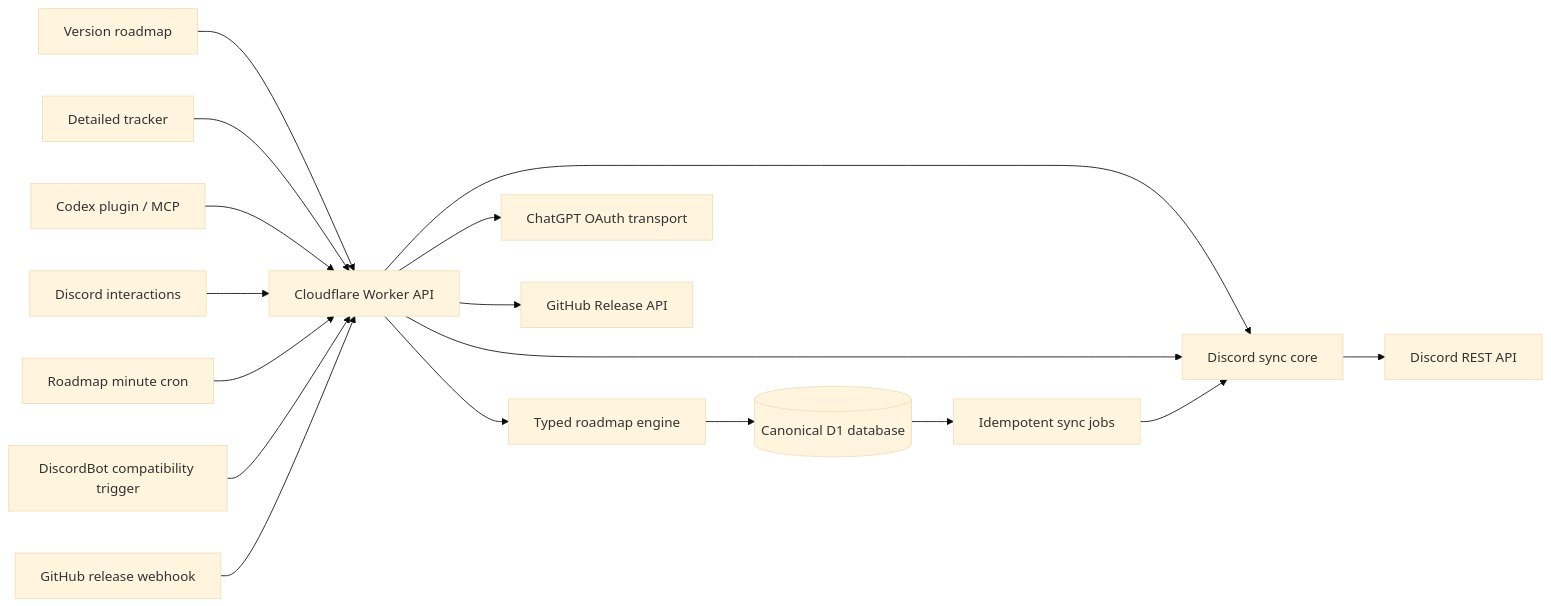
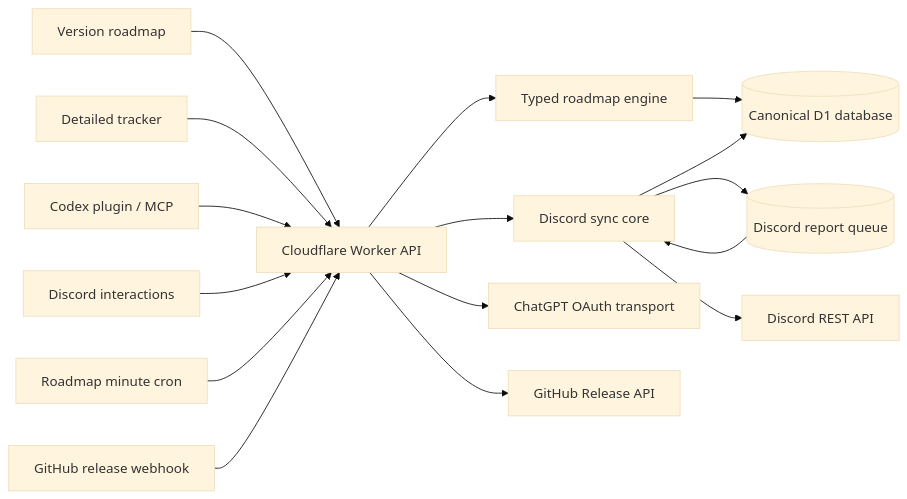
One commit to SakuraCordApp/Roadmap changed the diagram in README.md. Above: the diagram before and after it, drawn with Mermaid (base theme). The commit also changed other lines of this file and 14 other files, not shown here.

Commit message:
Process Discord reports through Cloudflare Queue

````diff
--- a/README.md
+++ b/README.md
@@ -45,19 +44,18 @@
 ```mermaid
 flowchart LR
   UI["Version roadmap"] --> API["Cloudflare Worker API"]
   TR["Detailed tracker"] --> API
   MCP["Codex plugin / MCP"] --> API
   DI["Discord interactions"] --> API
   CRON["Roadmap minute cron"] --> API
-  BOT["DiscordBot compatibility trigger"] --> API
   API --> SYNC["Discord sync core"]
   API --> CORE["Typed roadmap engine"]
-  API --> SYNC
   CORE --> D1[("Canonical D1 database")]
-  D1 --> JOBS["Idempotent sync jobs"]
-  JOBS --> SYNC
+  SYNC --> D1
+  SYNC --> RQ[("Discord report queue")]
+  RQ --> SYNC
   SYNC --> DR["Discord REST API"]
   GH["GitHub release webhook"] --> API
   API --> AI["ChatGPT OAuth transport"]
   API --> GR["GitHub Release API"]
 ```
````
